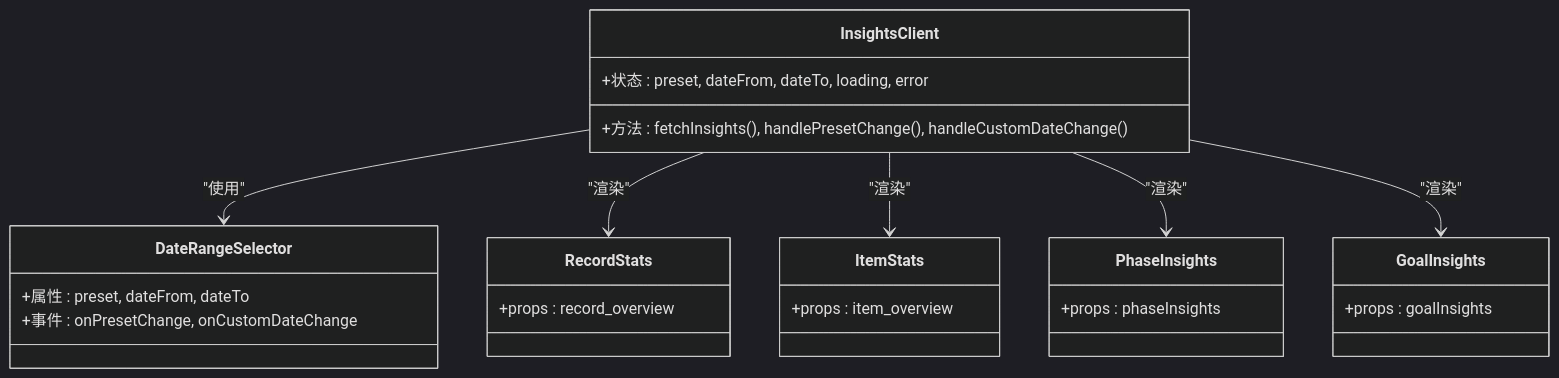
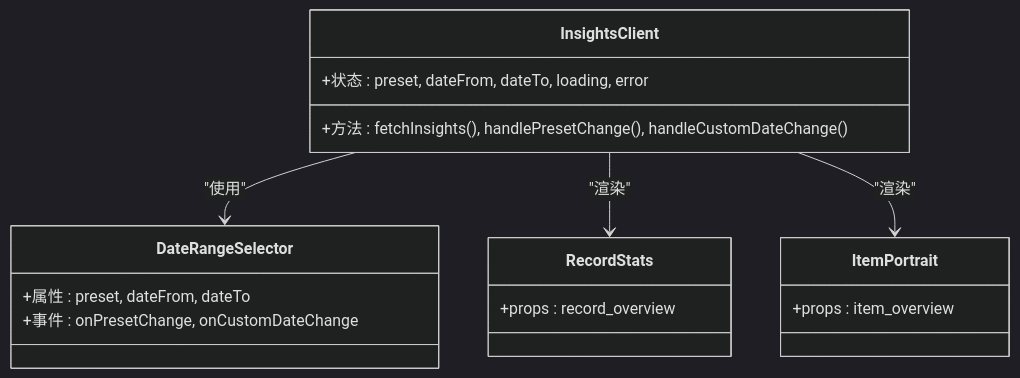
Before and after one commit to bbong1234/TETO: the fifth of 6 diagrams in .qoder/repowiki/zh/content/API接口文档/洞察API.md, drawn with Mermaid (dark theme). The commit also changed other lines of this file and 352 other files, not shown here.

````diff
--- a/.qoder/repowiki/zh/content/API接口文档/洞察API.md
+++ b/.qoder/repowiki/zh/content/API接口文档/洞察API.md
@@ -209,28 +207,20 @@
 ```mermaid
 classDiagram
 class InsightsClient {
 +状态 : preset, dateFrom, dateTo, loading, error
 +方法 : fetchInsights(), handlePresetChange(), handleCustomDateChange()
 }
 class DateRangeSelector {
 +属性 : preset, dateFrom, dateTo
 +事件 : onPresetChange, onCustomDateChange
 }
 class RecordStats {
 +props : record_overview
 }
-class ItemStats {
+class ItemPortrait {
 +props : item_overview
-}
-class PhaseInsights {
-+props : phaseInsights
-}
-class GoalInsights {
-+props : goalInsights
 }
 InsightsClient --> DateRangeSelector : "使用"
 InsightsClient --> RecordStats : "渲染"
-InsightsClient --> ItemStats : "渲染"
-InsightsClient --> PhaseInsights : "渲染"
-InsightsClient --> GoalInsights : "渲染"
+InsightsClient --> ItemPortrait : "渲染"
 ```
````
